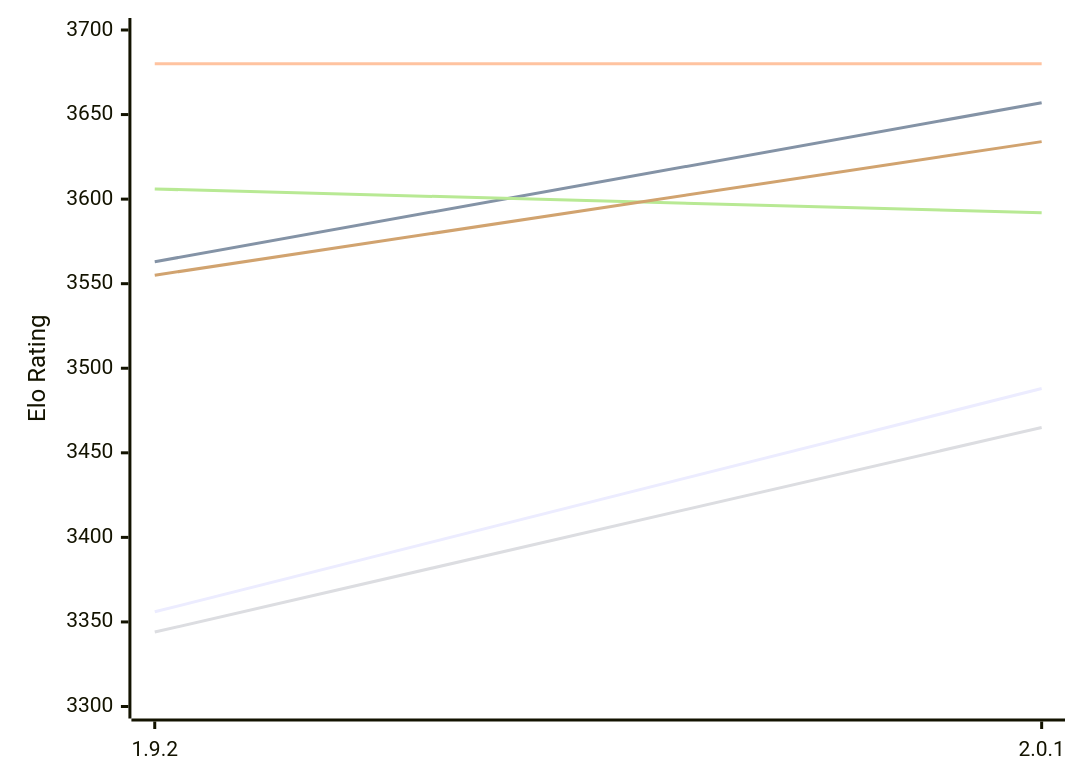
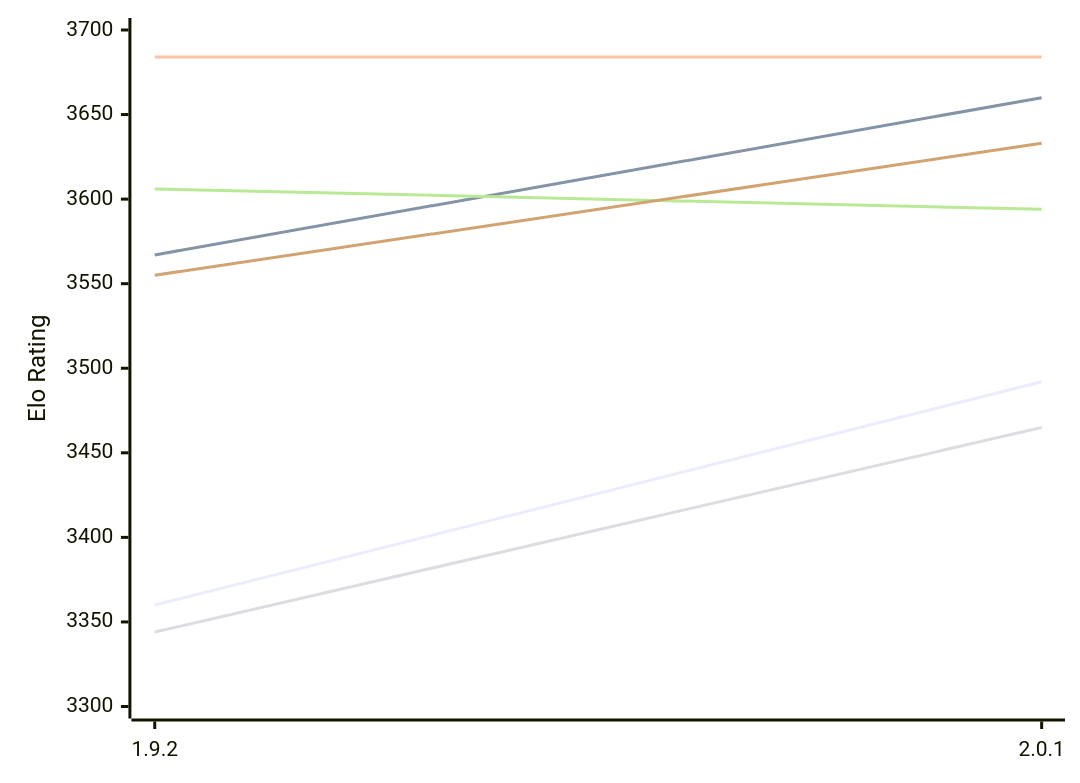
Before and after one commit to computer-chess-index/cci: the first of 2 diagrams in engines/Pawnocchio.md, drawn with Mermaid. The commit also changed other lines of this file, not shown here.

Commit message:
Update CCI Ratings (ELO VLTC) - 2026-11-22

````diff
--- a/engines/Pawnocchio.md
+++ b/engines/Pawnocchio.md
@@ -52,12 +52,12 @@
 ```mermaid
 %%{init: {"theme":"base","themeVariables":{"seriesColors:['#a3a3a3','#222221','#faa371']}}}%%
 xychart-beta
   x-axis ["1.9.2", "2.0.1"]
   y-axis "Elo Rating" 3300 --> 3700
-  line "E1: STC (8.0+0.08s)" [3356, 3488]
-  line "E1: LTC (60.0+0.60s)" [3563, 3657]
-  line "E1: VLTC (2m24s+1.12s)" [3680, 3680]
+  line "E1: STC (8.0+0.08s)" [3360, 3492]
+  line "E1: LTC (60.0+0.60s)" [3567, 3660]
+  line "E1: VLTC (2m24s+1.12s)" [3684, 3684]
   line "P1: STC (8.0+0.08s)" [3344, 3465]
-  line "P1: LTC (60.0+0.60s)" [3606, 3592]
-  line "P1: VLTC (2m24s+1.12s)" [3555, 3634]
+  line "P1: LTC (60.0+0.60s)" [3606, 3594]
+  line "P1: VLTC (2m24s+1.12s)" [3555, 3633]
 ```
````
